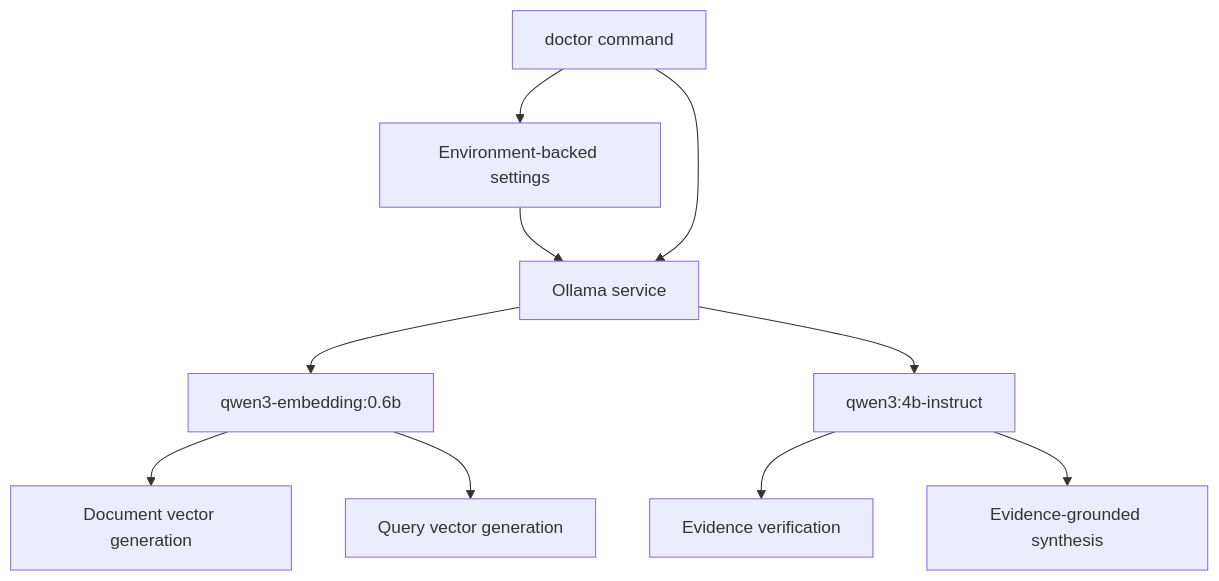
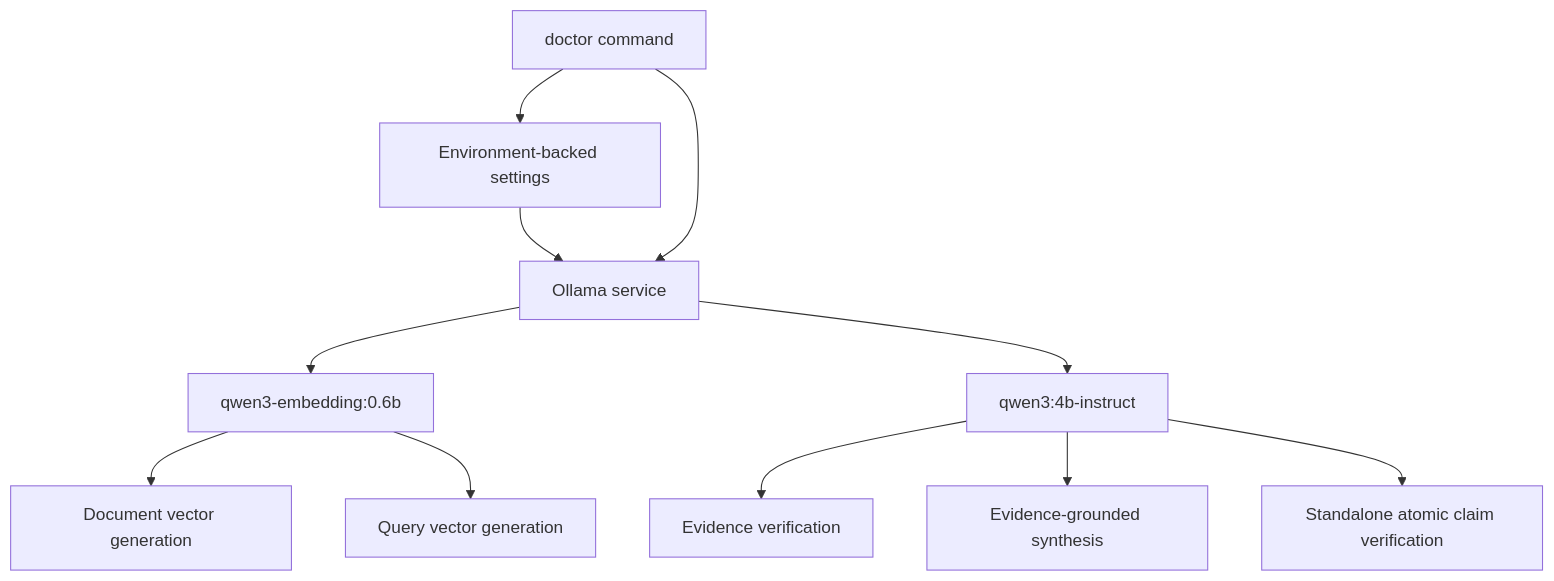
One commit to TQC0103/scientific-research-agent changed the tenth of 11 diagrams in docs/SYSTEM_VISUALIZATION.md. Above: the diagram before and after it, drawn with Mermaid. The commit also changed other lines of this file and 7 other files, not shown here.

````diff
--- a/docs/SYSTEM_VISUALIZATION.md
+++ b/docs/SYSTEM_VISUALIZATION.md
@@ -246,14 +258,15 @@
 ```mermaid
 flowchart TD
     CONFIG["Environment-backed settings"] --> OLLAMA["Ollama service"]
     OLLAMA --> EMBEDDING["qwen3-embedding:0.6b"]
     OLLAMA --> REASONING["qwen3:4b-instruct"]
 
     EMBEDDING --> INDEX_BUILD["Document vector generation"]
     EMBEDDING --> QUERY_EMBED["Query vector generation"]
     REASONING --> VERIFY["Evidence verification"]
     REASONING --> ANSWER["Evidence-grounded synthesis"]
+    REASONING --> CLAIMS["Standalone atomic claim verification"]
 
     DOCTOR["doctor command"] --> CONFIG
     DOCTOR --> OLLAMA
 ```
````
